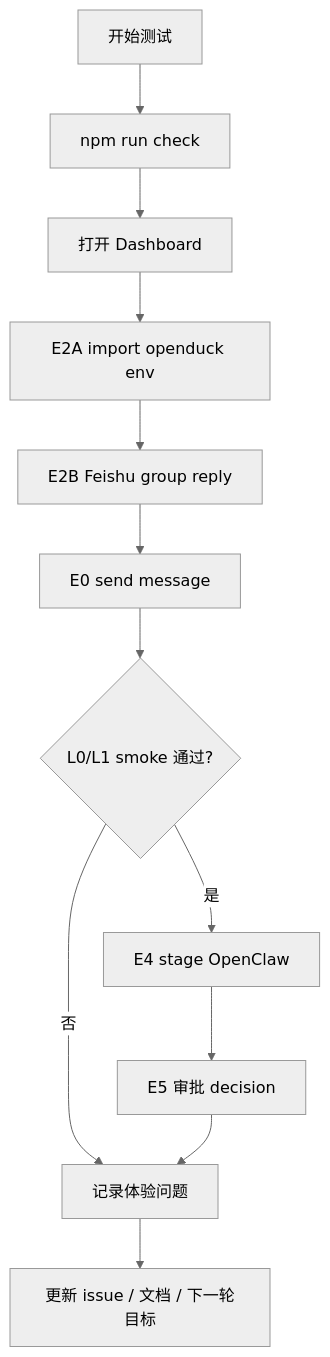
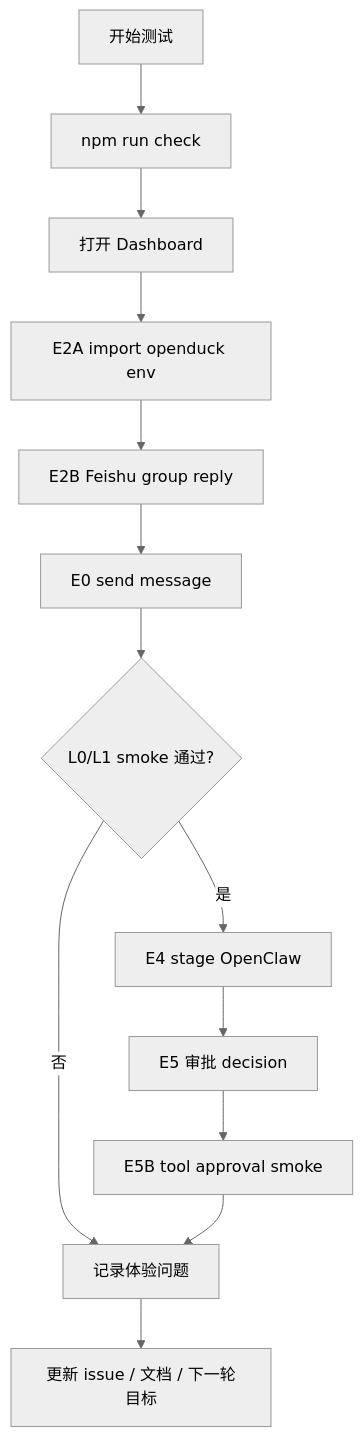
The second of 2 diagrams in docs/modules/human-testing-playbook.md (mayf3/myclaw), drawn with Mermaid (neutral theme) before and after one commit. The commit also changed other lines of this file and 33 other files, not shown here.

Commit message:
feat: add tool approval smoke

````diff
--- a/docs/modules/human-testing-playbook.md
+++ b/docs/modules/human-testing-playbook.md
@@ -66,14 +67,15 @@
 ```mermaid
 flowchart TD
   Start[开始测试] --> Check[npm run check]
   Check --> Dashboard[打开 Dashboard]
   Dashboard --> Import[E2A import openduck env]
   Import --> FeishuBot[E2B Feishu group reply]
   FeishuBot --> Send[E0 send message]
   Send --> L0Gate{L0/L1 smoke 通过?}
   L0Gate -->|否| Record[记录阻塞证据]
   L0Gate -->|是| Stage[E4 stage OpenClaw]
   Stage --> Approval[E5 审批 decision]
-  Approval --> Record[记录体验问题]
+  Approval --> ToolSmoke[E5B tool approval smoke]
+  ToolSmoke --> Record[记录体验问题]
   Record --> Report[更新 issue / 文档 / 下一轮目标]
 ```
````
